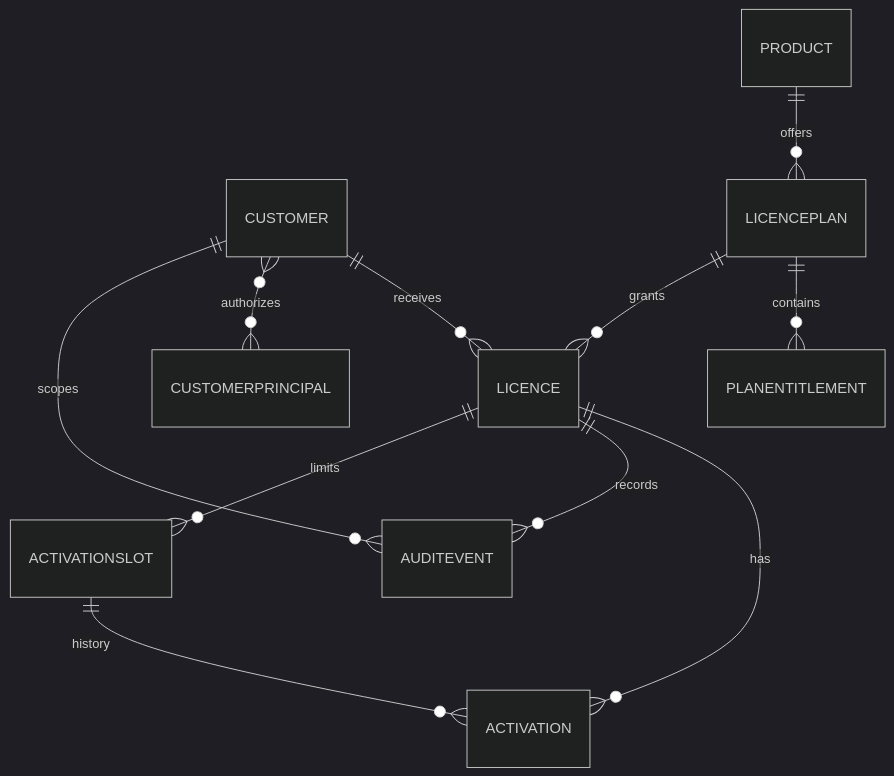
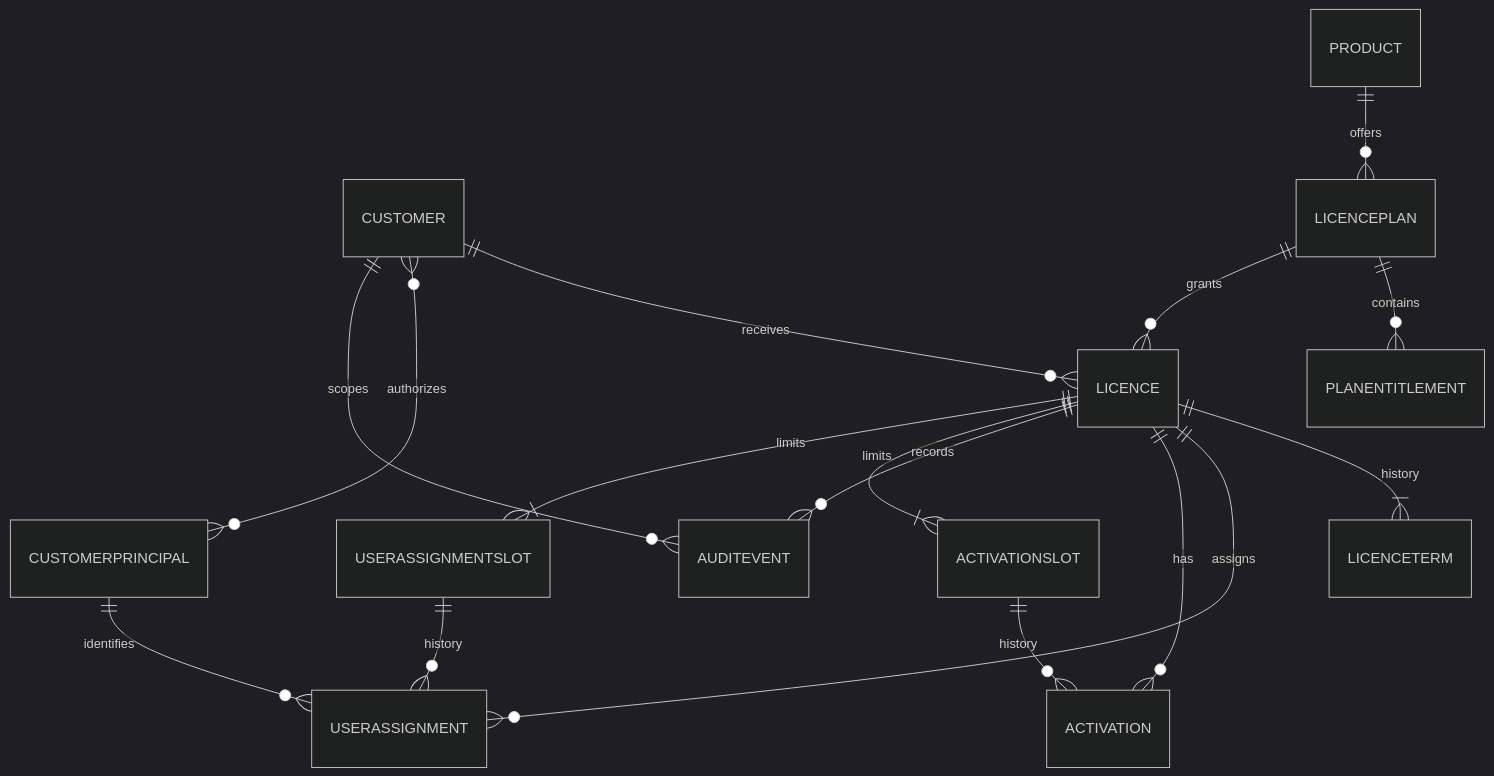
Before and after one commit to quanvm00/LIC: the diagram in _bmad-output/planning-artifacts/architecture/architecture-LIC-2026-11-09/DATABASE-DESIGN.md, drawn with Mermaid (dark theme). The commit also changed other lines of this file and 7 other files, not shown here.

````diff
--- a/_bmad-output/planning-artifacts/architecture/architecture-LIC-2026-11-09/DATABASE-DESIGN.md
+++ b/_bmad-output/planning-artifacts/architecture/architecture-LIC-2026-11-09/DATABASE-DESIGN.md
@@ -18,13 +20,18 @@
 ```mermaid
 erDiagram
     CUSTOMER ||--o{ LICENCE : receives
     CUSTOMER }o--o{ CUSTOMERPRINCIPAL : authorizes
     PRODUCT ||--o{ LICENCEPLAN : offers
     LICENCEPLAN ||--o{ PLANENTITLEMENT : contains
     LICENCEPLAN ||--o{ LICENCE : grants
+    LICENCE ||--|{ LICENCETERM : history
+    LICENCE ||--o{ USERASSIGNMENT : assigns
+    CUSTOMERPRINCIPAL ||--o{ USERASSIGNMENT : identifies
     LICENCE ||--o{ ACTIVATION : has
     LICENCE ||--o{ AUDITEVENT : records
     CUSTOMER ||--o{ AUDITEVENT : scopes
-    LICENCE ||--o{ ACTIVATIONSLOT : limits
+    LICENCE ||--|{ ACTIVATIONSLOT : limits
     ACTIVATIONSLOT ||--o{ ACTIVATION : history
+    LICENCE ||--|{ USERASSIGNMENTSLOT : limits
+    USERASSIGNMENTSLOT ||--o{ USERASSIGNMENT : history
 ```
````
